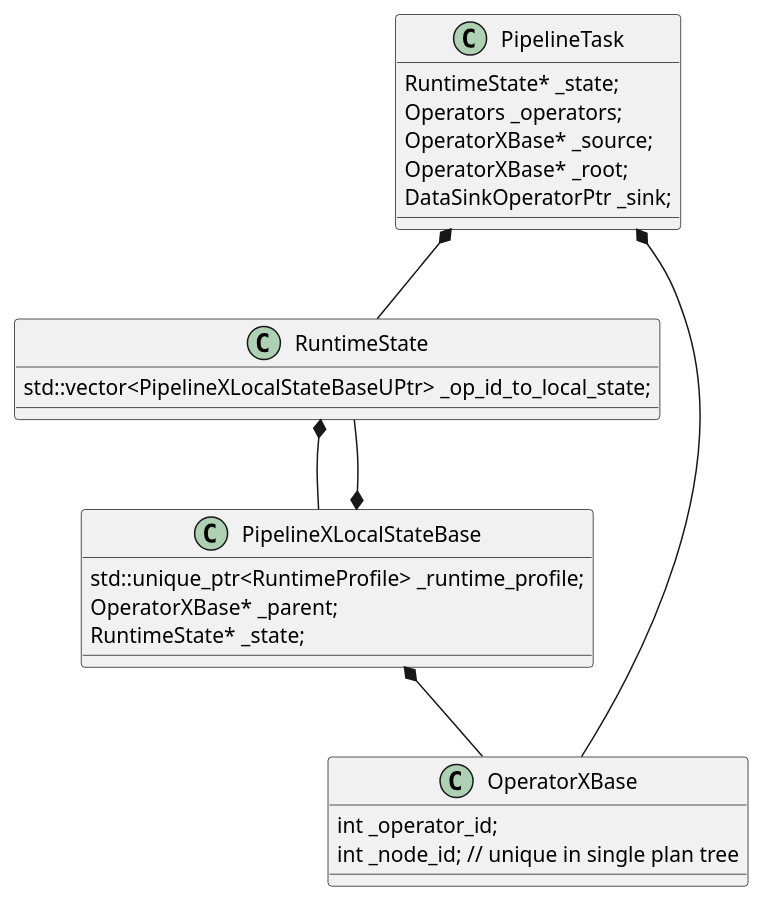
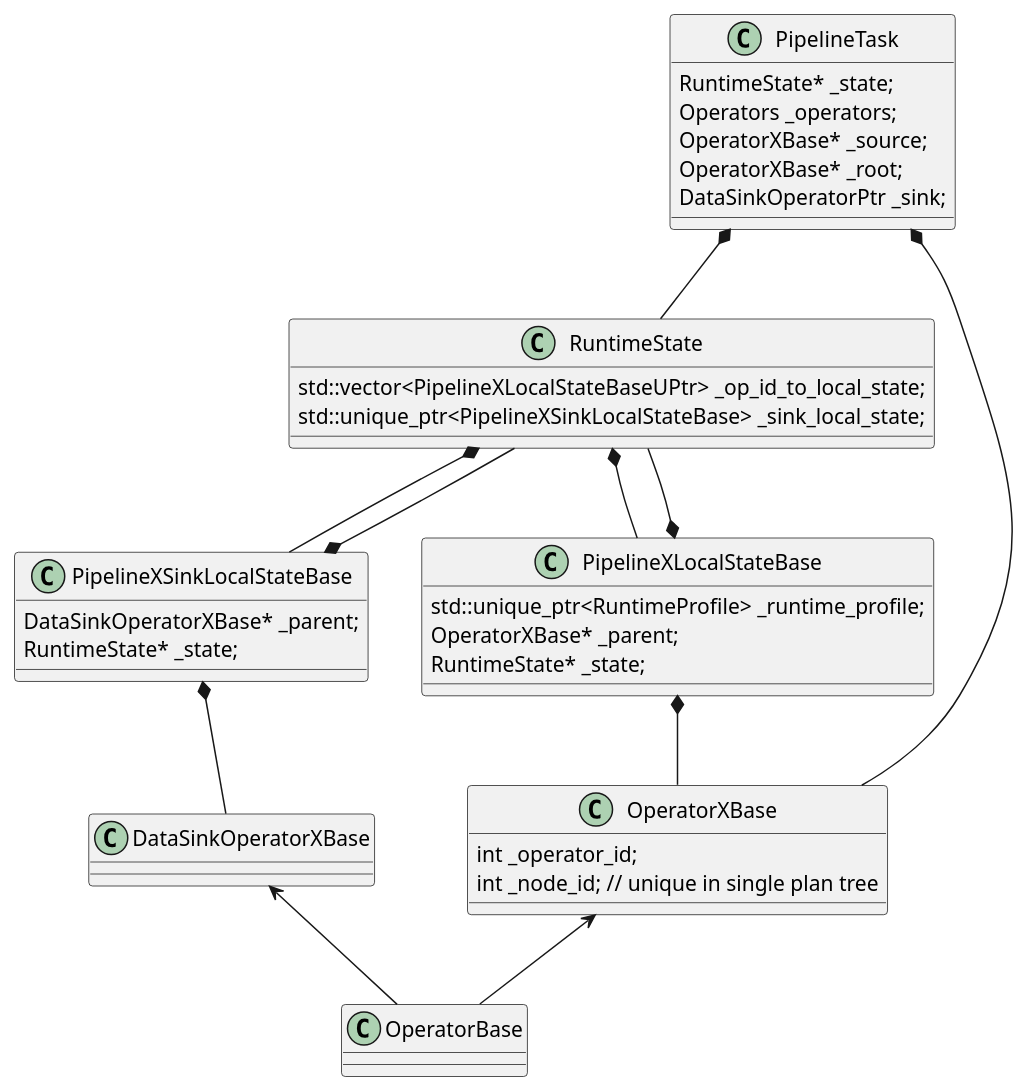
One commit to zhiqiang-hhhh/zhiqiang-hhhh.github.io changed the diagram in pre_post/Doris/pipeline.md. Above: the diagram before and after it, drawn with PlantUML. The commit also changed other lines of this file and 2 other files, not shown here.

Commit message:
doris scan

````diff
--- a/pre_post/Doris/pipeline.md
+++ b/pre_post/Doris/pipeline.md
@@ -14,31 +14,41 @@
 ```plantuml
 class RuntimeState {
     std::vector<PipelineXLocalStateBaseUPtr> _op_id_to_local_state;
+    std::unique_ptr<PipelineXSinkLocalStateBase> _sink_local_state;
 }
 
 class PipelineTask {
     RuntimeState* _state;
     Operators _operators;
     OperatorXBase* _source;
     OperatorXBase* _root;
     DataSinkOperatorPtr _sink;
 }
 
 class OperatorXBase {
     int _operator_id;
     int _node_id; // unique in single plan tree
 }
 
 class PipelineXLocalStateBase {
     std::unique_ptr<RuntimeProfile> _runtime_profile;
     OperatorXBase* _parent;
     RuntimeState* _state;
 }
 
+class PipelineXSinkLocalStateBase {
+    DataSinkOperatorXBase* _parent;
+    RuntimeState* _state;
+}
+
 PipelineTask *-- RuntimeState
 RuntimeState *-- PipelineXLocalStateBase
+RuntimeState *-- PipelineXSinkLocalStateBase
 PipelineXLocalStateBase *-- RuntimeState
 PipelineXLocalStateBase *-- OperatorXBase
+PipelineXSinkLocalStateBase *-- RuntimeState
+PipelineXSinkLocalStateBase *-- DataSinkOperatorXBase
 PipelineTask *-- OperatorXBase
-
+DataSinkOperatorXBase <-- OperatorBase
+OperatorXBase <-- OperatorBase
 ```
````
